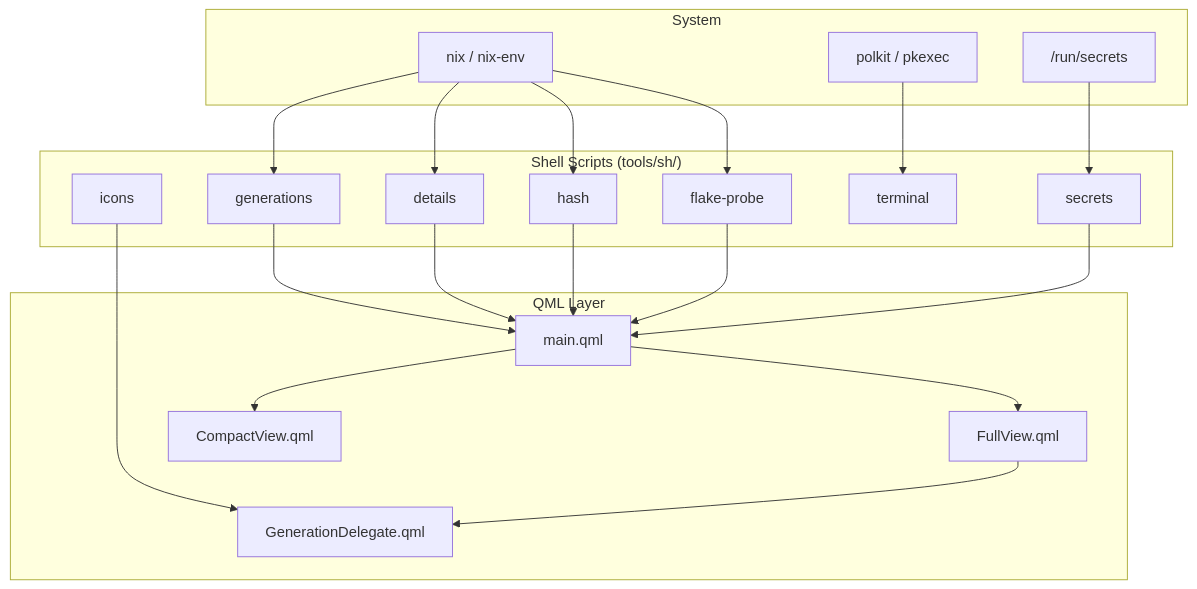
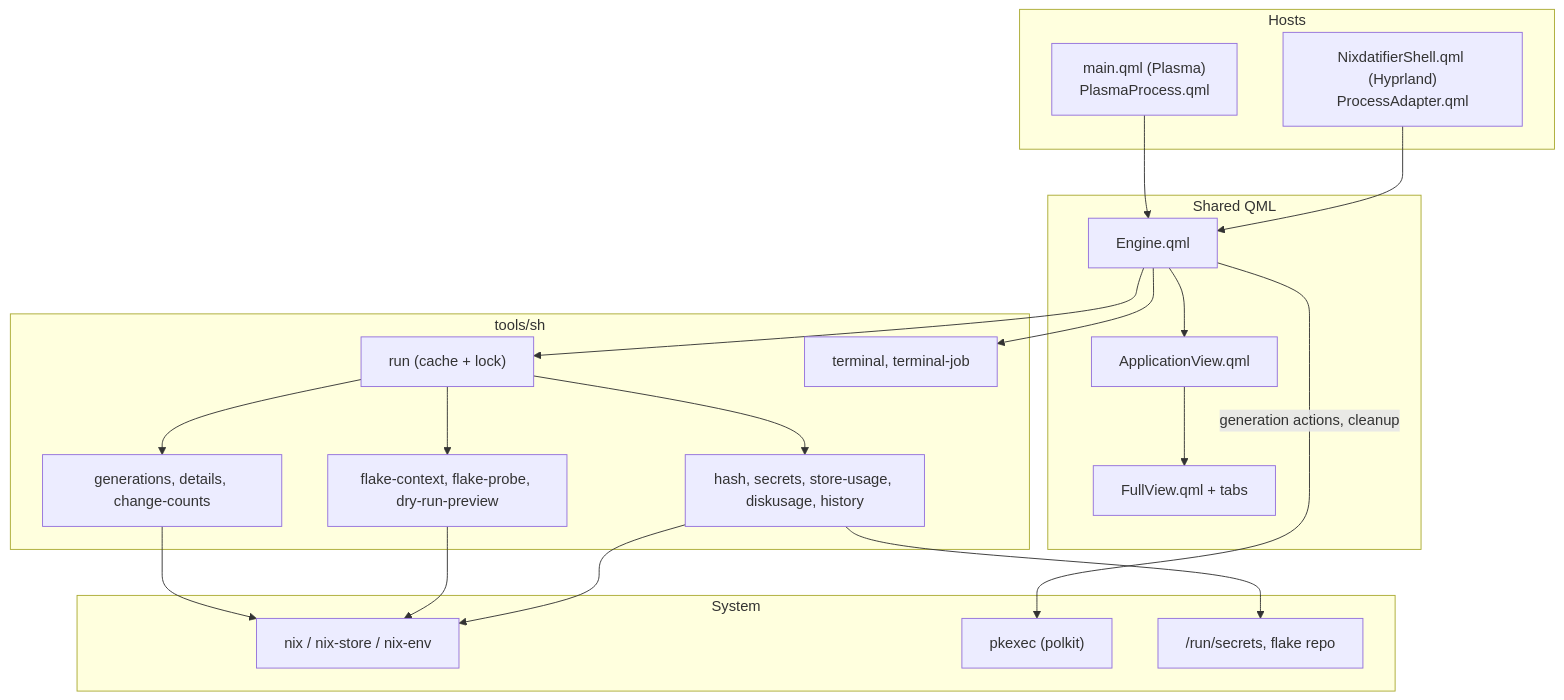
Before and after one commit to Muddyblack/kde-nixdatifier: the diagram in README.md, drawn with Mermaid. The commit also changed other lines of this file and 60 other files, not shown here.

````diff
--- a/README.md
+++ b/README.md
@@ -81,40 +108,37 @@
 ```mermaid
 flowchart TD
-    subgraph System
-        A[nix / nix-env]
-        B[polkit / pkexec]
-        C["/run/secrets"]
+    subgraph Hosts
+        P["main.qml (Plasma)<br/>PlasmaProcess.qml"]
+        Q["NixdatifierShell.qml (Hyprland)<br/>ProcessAdapter.qml"]
     end
 
-    subgraph Backend ["Shell Scripts (tools/sh/)"]
-        G[generations]
-        D[details]
-        H[hash]
-        F[flake-probe]
-        S[secrets]
-        T[terminal]
-        I[icons]
+    subgraph Core ["Shared QML"]
+        E[Engine.qml]
+        A[ApplicationView.qml]
+        F["FullView.qml + tabs"]
     end
 
-    subgraph QML ["QML Layer"]
-        M[main.qml]
-        FV[FullView.qml]
-        CV[CompactView.qml]
-        GD[GenerationDelegate.qml]
+    subgraph Scripts ["tools/sh"]
+        R["run (cache + lock)"]
+        G["generations, details, change-counts"]
+        FL["flake-context, flake-probe, dry-run-preview"]
+        T["hash, secrets, store-usage, diskusage, history"]
+        TE["terminal, terminal-job"]
     end
 
-    A --> G & D & H & F
-    B --> T
-    C --> S
+    subgraph System
+        N["nix / nix-store / nix-env"]
+        K["pkexec (polkit)"]
+        S["/run/secrets, flake repo"]
+    end
 
-    G --> M
-    D --> M
-    H --> M
-    F --> M
-    S --> M
-    I --> GD
-
-    M --> FV
-    M --> CV
-    FV --> GD
+    P --> E
+    Q --> E
+    E --> A --> F
+    E --> R
+    R --> G & FL & T
+    E --> TE
+    G & FL & T --> N
+    E -->|generation actions, cleanup| K
+    T --> S
 ```
````
